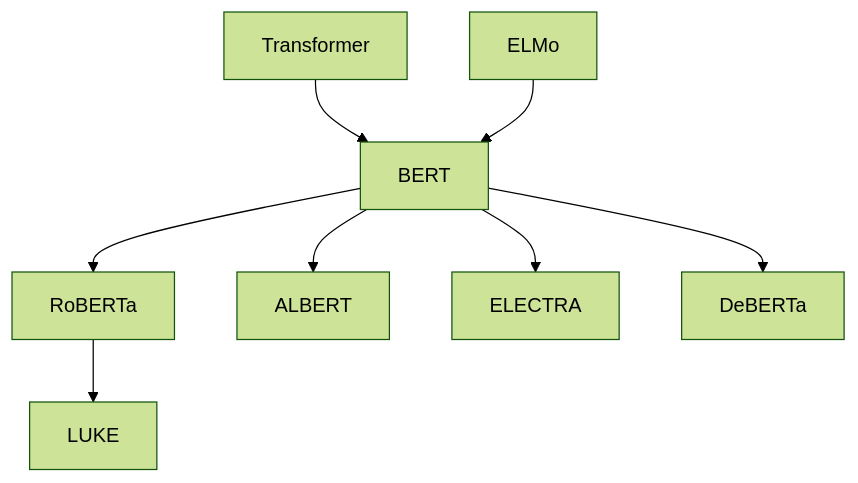
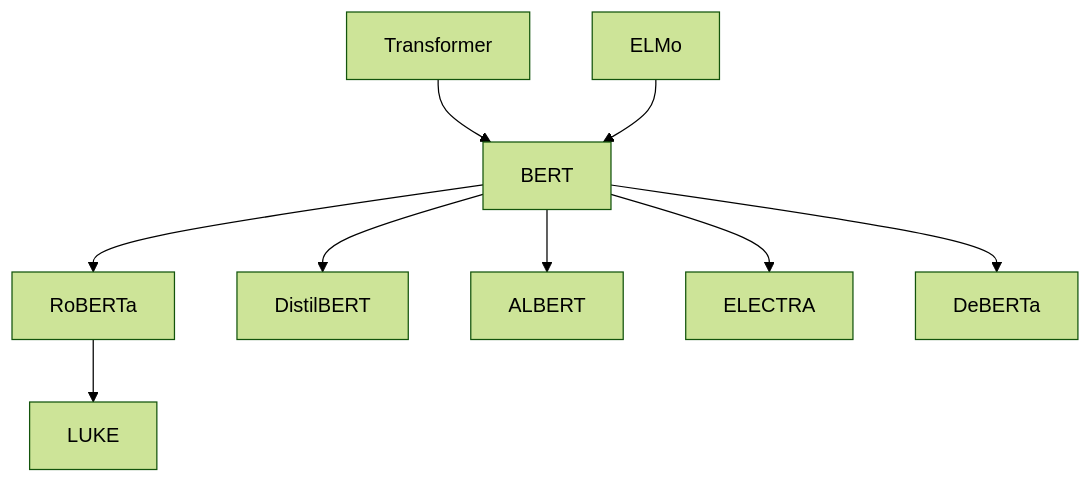
Before and after one commit to ted-sharp/chatvox: the fifth of 11 diagrams in doc/llm.md, drawn with Mermaid (forest theme). The commit also changed other lines of this file, not shown here.

````diff
--- a/doc/llm.md
+++ b/doc/llm.md
@@ -189,9 +215,10 @@
 ```mermaid
 flowchart
 
 Transformer --> BERT
 ELMo --> BERT --> RoBERTa --> LUKE
+BERT --> DistilBERT
 BERT --> ALBERT
 BERT --> ELECTRA
 BERT --> DeBERTa
 ```
````
